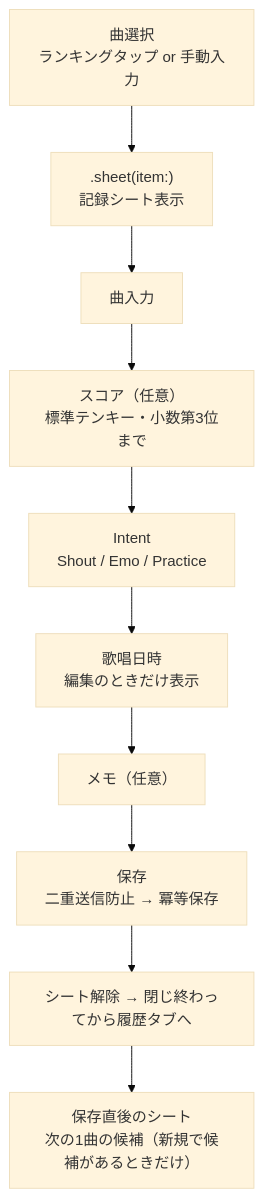
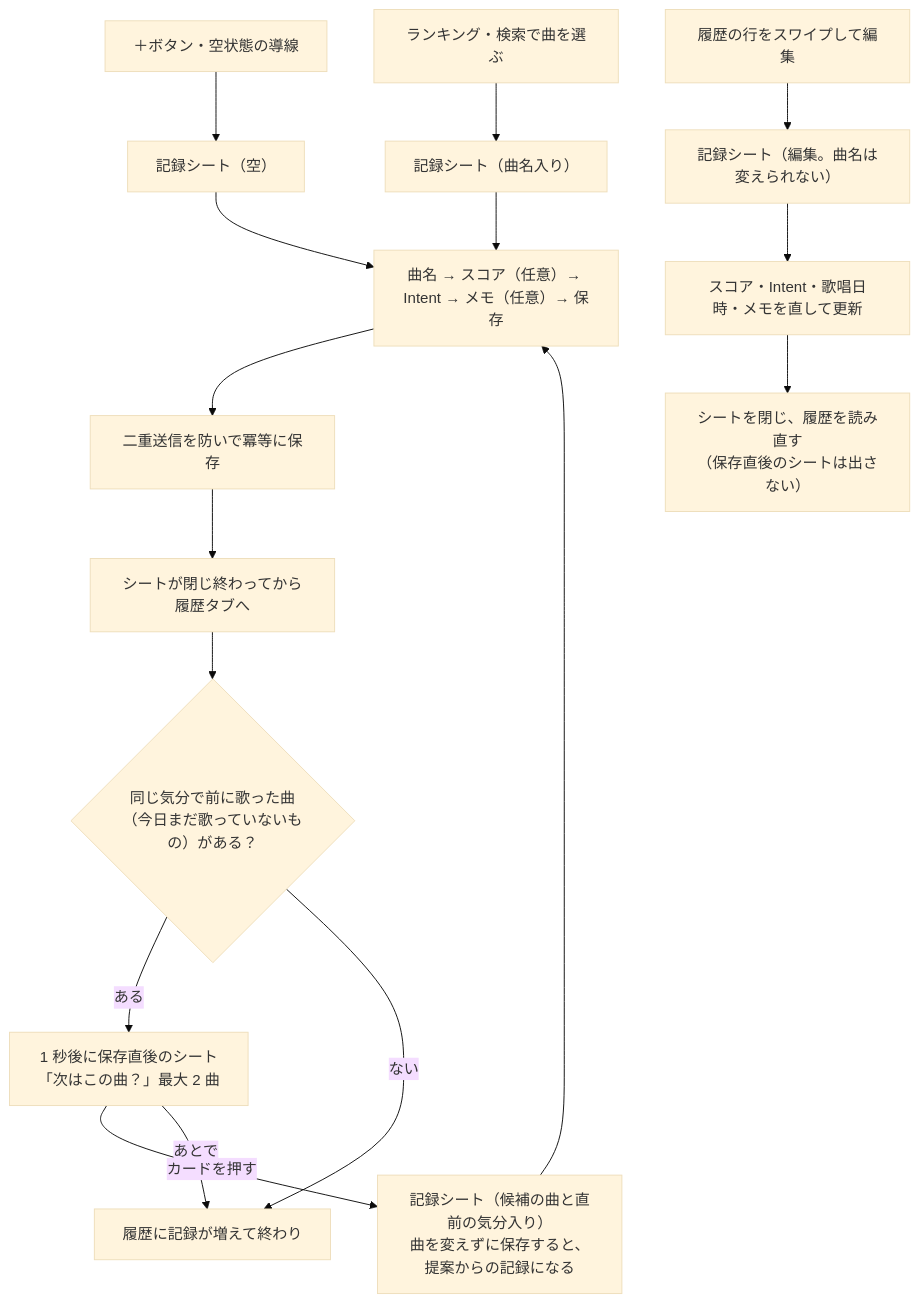
One commit to omomi-moti/Karaoke_support changed the fourth of 4 diagrams in docs/architecture.md. Above: the diagram before and after it, drawn with Mermaid (base theme). The commit also changed other lines of this file and 82 other files, not shown here.

````diff
--- a/docs/architecture.md
+++ b/docs/architecture.md
@@ -157,12 +213,20 @@
 ```mermaid
 flowchart TD
-    A["曲選択<br>ランキングタップ or 手動入力"] --> B[".sheet(item:)<br>記録シート表示"]
-    B --> C["曲入力"]
-    C --> D["スコア（任意）<br>標準テンキー・小数第3位まで"]
-    D --> E["Intent<br>Shout / Emo / Practice"]
-    E --> F["歌唱日時<br>編集のときだけ表示"]
-    F --> G["メモ（任意）"]
-    G --> H["保存<br>二重送信防止 → 冪等保存"]
-    H --> I["シート解除 → 閉じ終わってから履歴タブへ"]
-    I --> J["保存直後のシート<br>次の1曲の候補（新規で候補があるときだけ）"]
+    P["＋ボタン・空状態の導線"] --> S1["記録シート（空）"]
+    R["ランキング・検索で曲を選ぶ"] --> S2["記録シート（曲名入り）"]
+    E["履歴の行をスワイプして編集"] --> S3["記録シート（編集。曲名は変えられない）"]
+
+    S1 --> IN["曲名 → スコア（任意）→ Intent → メモ（任意）→ 保存"]
+    S2 --> IN
+    IN --> SAVE["二重送信を防いで冪等に保存"]
+    SAVE --> CLOSE["シートが閉じ終わってから履歴タブへ"]
+    CLOSE --> Q{"同じ気分で前に歌った曲<br>（今日まだ歌っていないもの）がある？"}
+    Q -->|ある| AS["1 秒後に保存直後のシート<br>「次はこの曲？」最大 2 曲"]
+    Q -->|ない| END["履歴に記録が増えて終わり"]
+    AS -->|カードを押す| S4["記録シート（候補の曲と直前の気分入り）<br>曲を変えずに保存すると、提案からの記録になる"]
+    AS -->|あとで| END
+    S4 --> IN
+
+    S3 --> UP["スコア・Intent・歌唱日時・メモを直して更新"]
+    UP --> CLOSE2["シートを閉じ、履歴を読み直す<br>（保存直後のシートは出さない）"]
 ```
````
